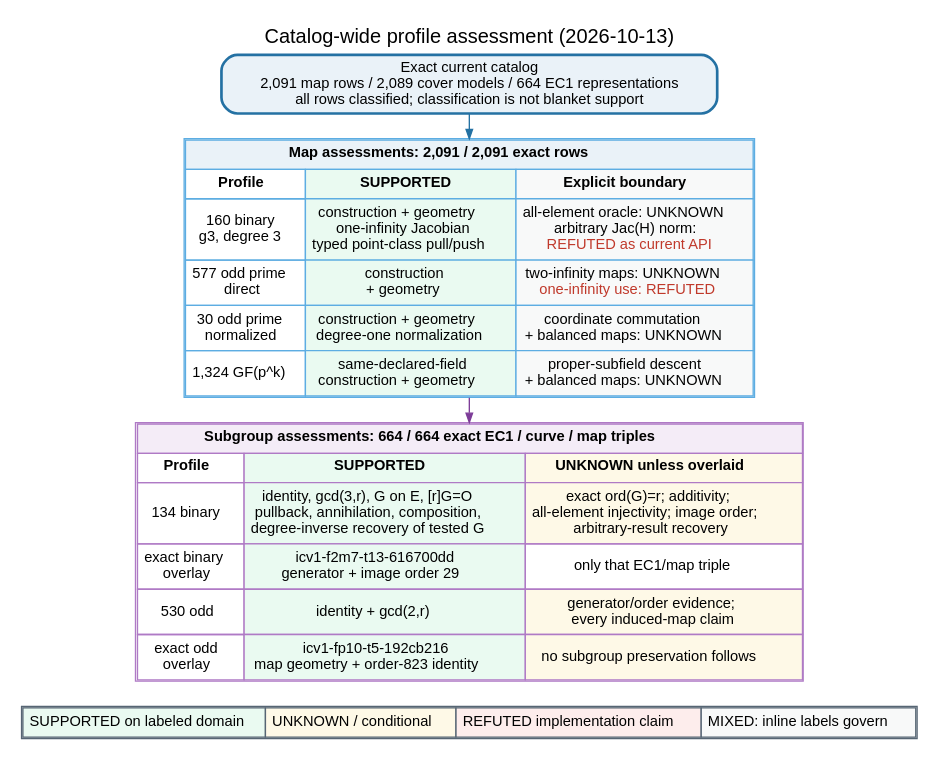
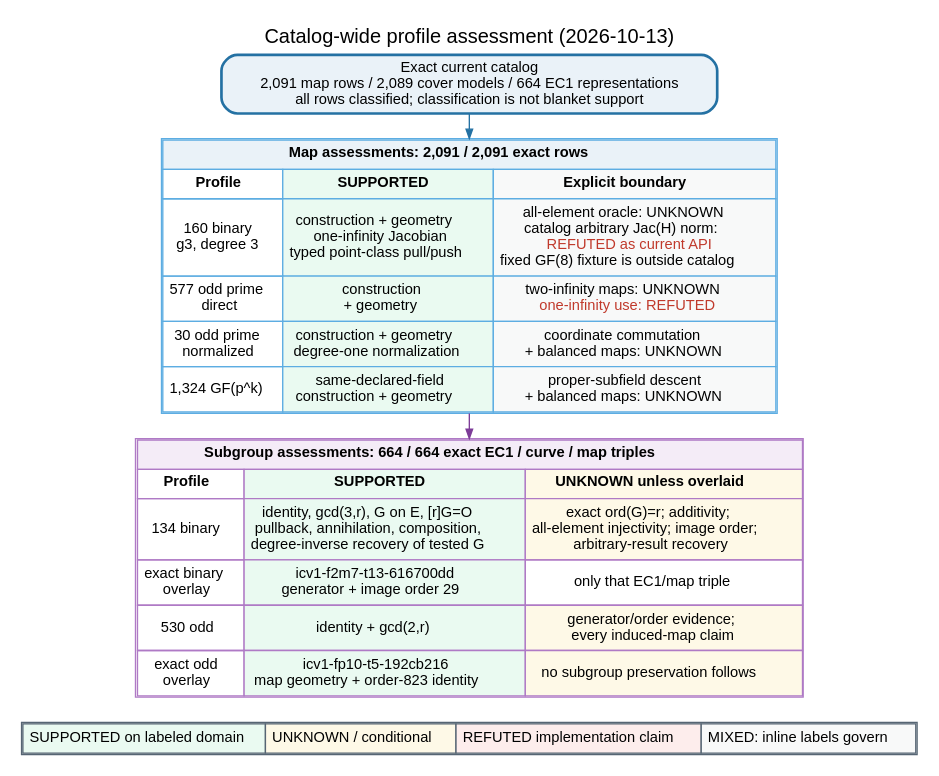
Before and after one commit to aburan28/crypto: the diagram in research/cover_transfer_assessment_20261013/typed_correspondence.dot, drawn with Graphviz. The commit also changed 99 other files, not shown here.

```diff
--- a/research/cover_transfer_assessment_20261013/typed_correspondence.dot
+++ b/research/cover_transfer_assessment_20261013/typed_correspondence.dot
@@ -1,64 +1,64 @@
 // cover-transfer-assessments/v2; catalog_maps=2091; unique_cover_models=2089; geometry_verified_maps=2091; ec1_representations=664; assessed_maps=2091; unassessed_maps=0; assessed_subgroups=664; unassessed_subgroups=0
 digraph cover_transfer_assessment {
   graph [
     rankdir=TB,
     bgcolor="white",
     pad="0.12",
     nodesep="0.20",
     ranksep="0.26",
     fontname="Helvetica",
     fontsize=15,
     labelloc="t",
     label="Catalog-wide profile assessment (2026-10-13)"
   ];
   node [shape=box, style="rounded,filled", fillcolor="white", color="#34495e", fontname="Helvetica", fontsize=11];
   edge [fontname="Helvetica", fontsize=9, color="#34495e", arrowsize=0.7];
 
   catalog [
     label="Exact current catalog\n2,091 map rows / 2,089 cover models / 664 EC1 representations\nall rows classified; classification is not blanket support",
     fillcolor="#eaf2f8",
     color="#2471a3",
     penwidth=2
   ];
 
   maps [
     shape=plain,
     label=<
       <TABLE BORDER="1" CELLBORDER="1" CELLSPACING="0" CELLPADDING="4" COLOR="#5dade2">
         <TR><TD COLSPAN="3" BGCOLOR="#eaf2f8"><B>Map assessments: 2,091 / 2,091 exact rows</B></TD></TR>
         <TR><TD><B>Profile</B></TD><TD BGCOLOR="#eafaf1"><B>SUPPORTED</B></TD><TD BGCOLOR="#f8f9f9"><B>Explicit boundary</B></TD></TR>
-        <TR><TD>160 binary<BR/>g3, degree 3</TD><TD BGCOLOR="#eafaf1">construction + geometry<BR/>one-infinity Jacobian<BR/>typed point-class pull/push</TD><TD BGCOLOR="#f8f9f9">all-element oracle: UNKNOWN<BR/>arbitrary Jac(H) norm:<BR/><FONT COLOR="#c0392b">REFUTED as current API</FONT></TD></TR>
+        <TR><TD>160 binary<BR/>g3, degree 3</TD><TD BGCOLOR="#eafaf1">construction + geometry<BR/>one-infinity Jacobian<BR/>typed point-class pull/push</TD><TD BGCOLOR="#f8f9f9">all-element oracle: UNKNOWN<BR/>catalog arbitrary Jac(H) norm:<BR/><FONT COLOR="#c0392b">REFUTED as current API</FONT><BR/>fixed GF(8) fixture is outside catalog</TD></TR>
         <TR><TD>577 odd prime<BR/>direct</TD><TD BGCOLOR="#eafaf1">construction<BR/>+ geometry</TD><TD BGCOLOR="#f8f9f9">two-infinity maps: UNKNOWN<BR/><FONT COLOR="#c0392b">one-infinity use: REFUTED</FONT></TD></TR>
         <TR><TD>30 odd prime<BR/>normalized</TD><TD BGCOLOR="#eafaf1">construction + geometry<BR/>degree-one normalization</TD><TD BGCOLOR="#f8f9f9">coordinate commutation<BR/>+ balanced maps: UNKNOWN</TD></TR>
         <TR><TD>1,324 GF(p^k)</TD><TD BGCOLOR="#eafaf1">same-declared-field<BR/>construction + geometry</TD><TD BGCOLOR="#f8f9f9">proper-subfield descent<BR/>+ balanced maps: UNKNOWN</TD></TR>
       </TABLE>
     >
   ];
 
   subgroups [
     shape=plain,
     label=<
       <TABLE BORDER="1" CELLBORDER="1" CELLSPACING="0" CELLPADDING="4" COLOR="#af7ac5">
         <TR><TD COLSPAN="3" BGCOLOR="#f4ecf7"><B>Subgroup assessments: 664 / 664 exact EC1 / curve / map triples</B></TD></TR>
         <TR><TD><B>Profile</B></TD><TD BGCOLOR="#eafaf1"><B>SUPPORTED</B></TD><TD BGCOLOR="#fef9e7"><B>UNKNOWN unless overlaid</B></TD></TR>
         <TR><TD>134 binary</TD><TD BGCOLOR="#eafaf1">identity, gcd(3,r), G on E, [r]G=O<BR/>pullback, annihilation, composition,<BR/>degree-inverse recovery of tested G</TD><TD BGCOLOR="#fef9e7">exact ord(G)=r; additivity;<BR/>all-element injectivity; image order;<BR/>arbitrary-result recovery</TD></TR>
         <TR><TD>exact binary<BR/>overlay</TD><TD BGCOLOR="#eafaf1">icv1-f2m7-t13-616700dd<BR/>generator + image order 29</TD><TD>only that EC1/map triple</TD></TR>
         <TR><TD>530 odd</TD><TD BGCOLOR="#eafaf1">identity + gcd(2,r)</TD><TD BGCOLOR="#fef9e7">generator/order evidence;<BR/>every induced-map claim</TD></TR>
         <TR><TD>exact odd<BR/>overlay</TD><TD BGCOLOR="#eafaf1">icv1-fp10-t5-192cb216<BR/>map geometry + order-823 identity</TD><TD BGCOLOR="#fef9e7">no subgroup preservation follows</TD></TR>
       </TABLE>
     >
   ];
 
   legend [
     shape=plain,
     label=<
       <TABLE BORDER="1" CELLBORDER="1" CELLSPACING="0" CELLPADDING="4" COLOR="#566573">
         <TR><TD BGCOLOR="#eafaf1">SUPPORTED on labeled domain</TD><TD BGCOLOR="#fef9e7">UNKNOWN / conditional</TD><TD BGCOLOR="#fdedec">REFUTED implementation claim</TD><TD BGCOLOR="#f8f9f9">MIXED: inline labels govern</TD></TR>
       </TABLE>
     >
   ];
 
   catalog -> maps [color="#2471a3"];
   maps -> subgroups [color="#7d3c98"];
   subgroups -> legend [style="invis", weight=80];
 }
```
